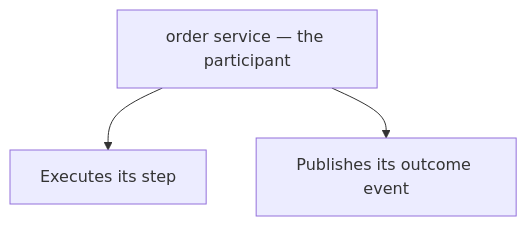
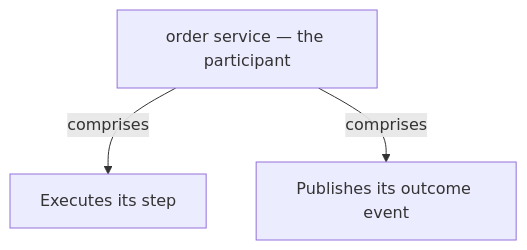
The sixth of 14 diagrams in docs/ch15-saga.md (vinayakuber/microservices-io-study-guide), drawn with Mermaid before and after one commit. The commit also changed other lines of this file and 71 other files, not shown here.

First line of the commit message:
R18: label every diagram arrow with its meaning

````diff
--- a/docs/ch15-saga.md
+++ b/docs/ch15-saga.md
@@ -268,6 +268,6 @@
 ```mermaid
 flowchart TD
   R["order service — the participant"]
-  R --> P0["Executes its step"]
-  R --> P1["Publishes its outcome event"]
+  R -->|"comprises"| P0["Executes its step"]
+  R -->|"comprises"| P1["Publishes its outcome event"]
 ```
````
